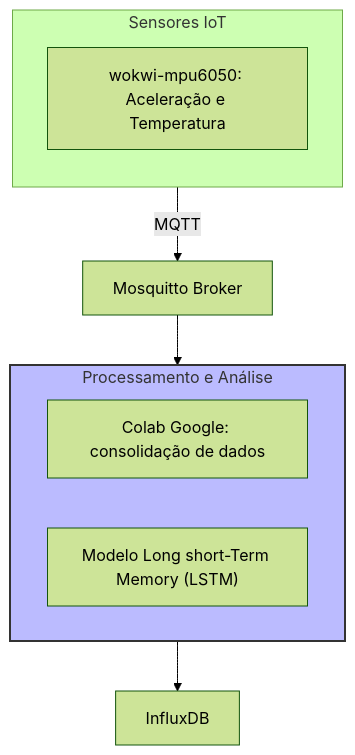
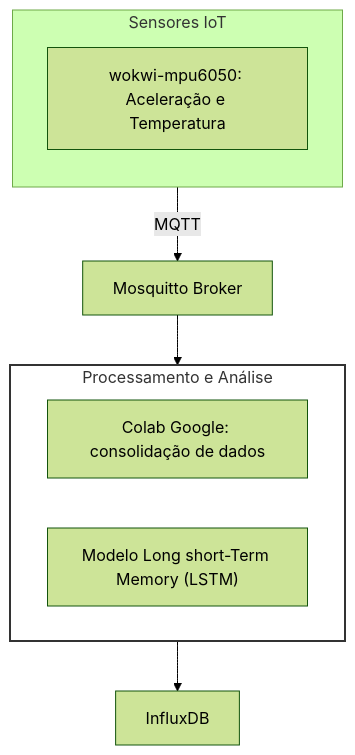
The second of 2 diagrams in artigo.md (2024S2-CCIoT/anthon_hax), drawn with Mermaid (forest theme) before and after one commit.

````diff
--- a/artigo.md
+++ b/artigo.md
@@ -66,34 +66,34 @@
 ```mermaid
 flowchart TD
     subgraph IoT_Sensors["Sensores IoT"]
         direction TB
         Sensor1["wokwi-mpu6050: Aceleração e Temperatura"]
     end
     
         direction LR
         MQTT["Mosquitto Broker"]
 
     subgraph Processamento["Processamento e Análise"]
         direction LR
         Colab["Colab Google: consolidação de dados"]
         MLModel["Modelo Long short-Term Memory (LSTM)"]
     end
         direction LR
         Data["InfluxDB"]
 
 
     %% Fluxos de Dados
     Sensor1 -->|MQTT| MQTT
     MQTT --> MLModel
     MLModel --> Data
 
 
     %% Legend
     classDef protocolo fill:#f9f,stroke:#333,stroke-width:2px;
-    classDef processamento fill:#bbf,stroke:#333,stroke-width:2px;
+    classDef processamento fill:#fff,stroke:#333,stroke-width:2px;
     classDef gerenciamento fill:#bfb,stroke:#333,stroke-width:2px;
     
     class Protocolos protocolo;
     class Processamento processamento;
     class Gerenciamento gerenciamento;
 ```
````
